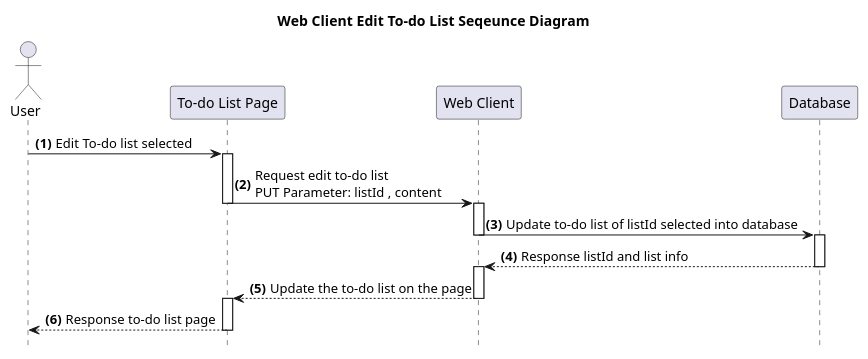
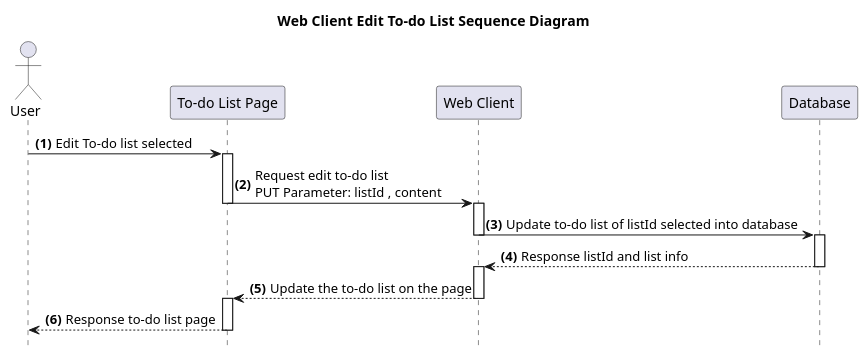
The diagram in documents/diagrams/src/web-client/To-do-ListEdit.wsd (Kritsanawipankhet/CE64-41), drawn with PlantUML before and after one commit. The commit also changed 12 other files, not shown here.

Commit message:
edit title diagram

```diff
--- a/documents/diagrams/src/web-client/To-do-ListEdit.wsd
+++ b/documents/diagrams/src/web-client/To-do-ListEdit.wsd
@@ -1,12 +1,12 @@
 @startuml Web Client Edit To-do List
-title **Web Client Edit To-do List** Seqeunce Diagram
+title **Web Client Edit To-do List** Sequence Diagram
 hide footbox
 Actor User
 autonumber "<b>(0)"
 User -> "To-do List Page" ++: Edit To-do list selected
 "To-do List Page" -> "Web Client" --++: Request edit to-do list \nPUT Parameter: listId , content
 "Web Client" -> "Database" --++: Update to-do list of listId selected into database
 "Database" --> "Web Client" --++: Response listId and list info
 "Web Client" --> "To-do List Page" --++: Update the to-do list on the page
 "To-do List Page" --> "User" --: Response to-do list page
 @enduml
```
